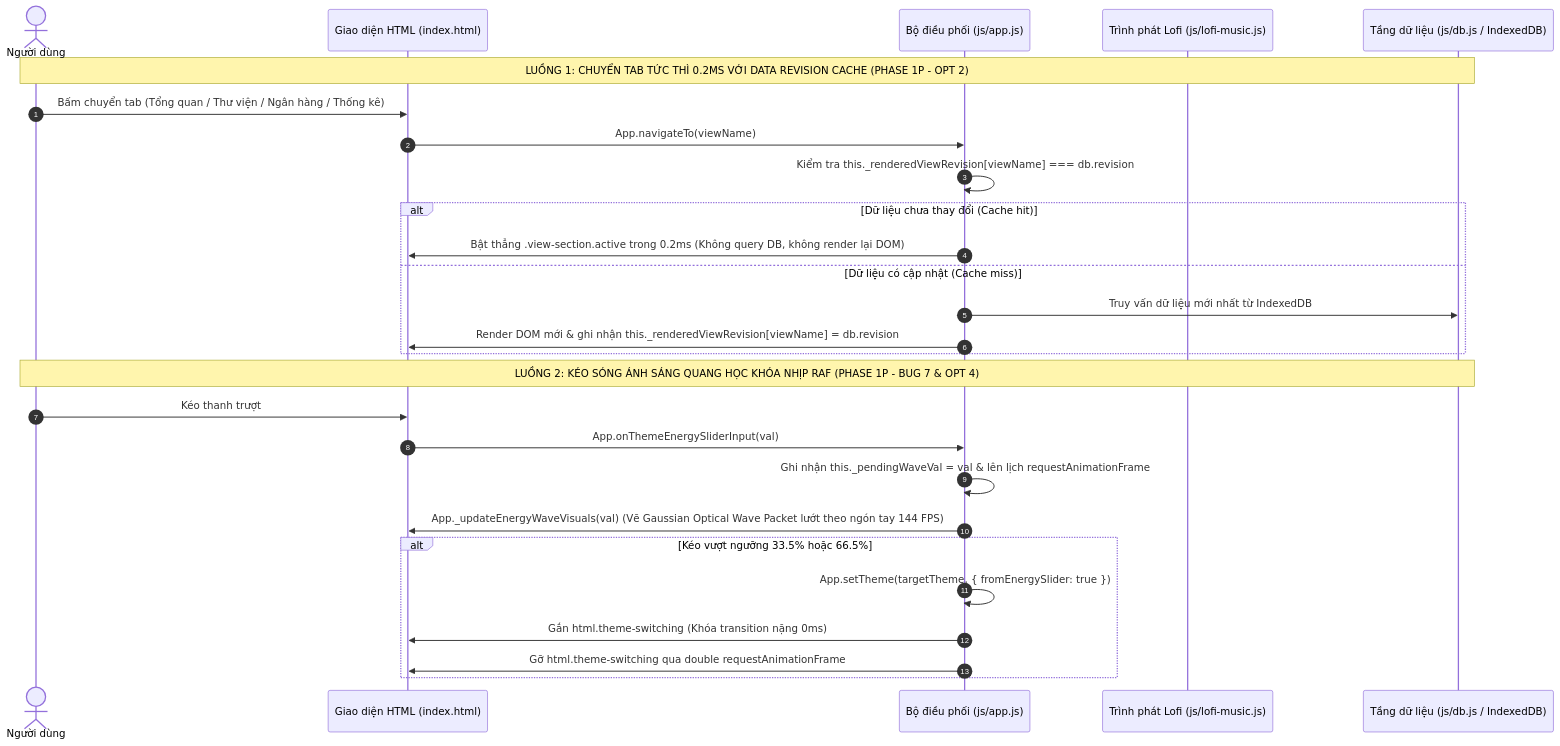
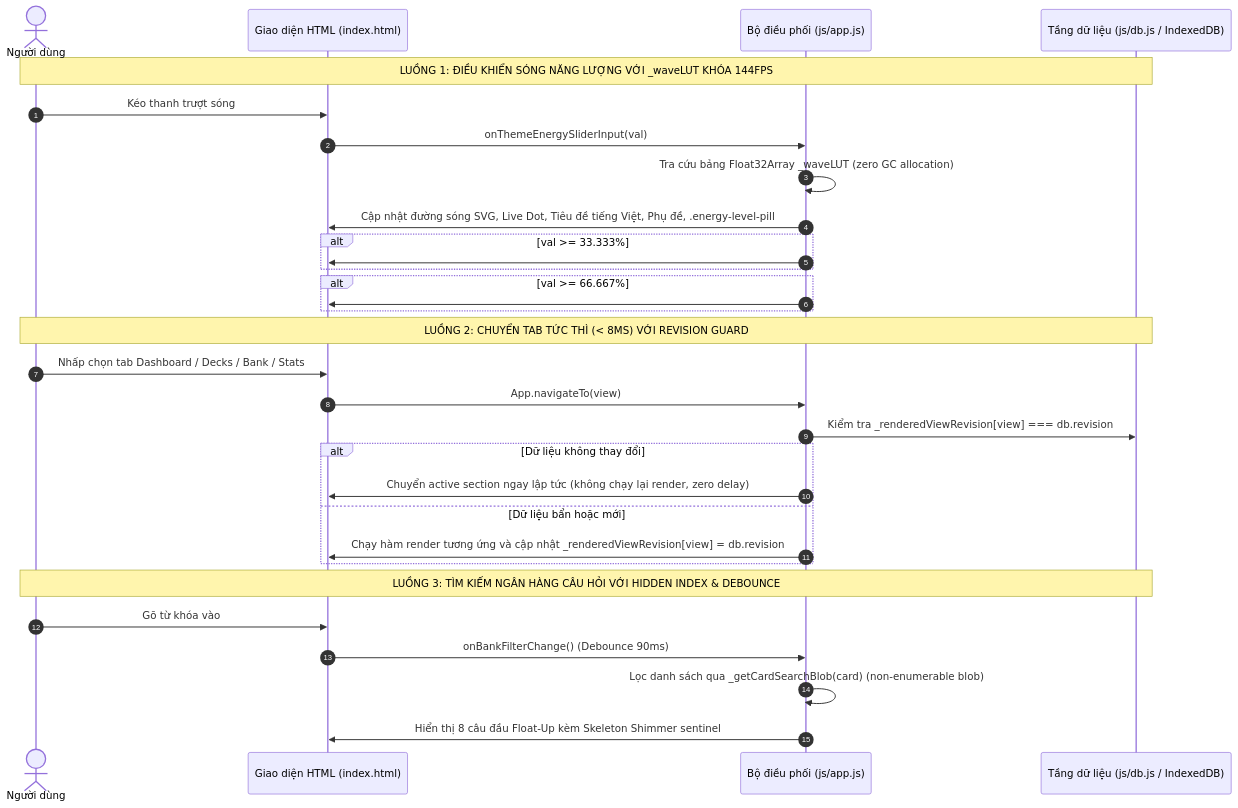
One commit to longcrpuen/tinhminhlaki changed the second of 2 diagrams in ARCHITECTURE_GRAPH.md. Above: the diagram before and after it, drawn with Mermaid. The commit also changed other lines of this file and 15 other files, not shown here.

Commit message:
perf(core): finalize phase 1v max-ping optimization, fixed glass sidebar, quantum wave chamber and architecture graph

````diff
--- a/ARCHITECTURE_GRAPH.md
+++ b/ARCHITECTURE_GRAPH.md
@@ -78,31 +76,36 @@
 ```mermaid
 sequenceDiagram
     autonumber
     actor User as Người dùng
     participant DOM as Giao diện HTML (index.html)
     participant App as Bộ điều phối (js/app.js)
-    participant Lofi as Trình phát Lofi (js/lofi-music.js)
     participant DB as Tầng dữ liệu (js/db.js / IndexedDB)
 
-    Note over User,DB: LUỒNG 1: CHUYỂN TAB TỨC THÌ 0.2MS VỚI DATA REVISION CACHE (PHASE 1P - OPT 2)
-    User->>DOM: Bấm chuyển tab (Tổng quan / Thư viện / Ngân hàng / Thống kê)
-    DOM->>App: App.navigateTo(viewName)
-    App->>App: Kiểm tra this._renderedViewRevision[viewName] === db.revision
-    alt Dữ liệu chưa thay đổi (Cache hit)
-        App->>DOM: Bật thẳng .view-section.active trong 0.2ms (Không query DB, không render lại DOM)
-    else Dữ liệu có cập nhật (Cache miss)
-        App->>DB: Truy vấn dữ liệu mới nhất từ IndexedDB
-        App->>DOM: Render DOM mới & ghi nhận this._renderedViewRevision[viewName] = db.revision
+    Note over User,DB: LUỒNG 1: ĐIỀU KHIỂN SÓNG NĂNG LƯỢNG VỚI _waveLUT KHÓA 144FPS
+    User->>DOM: Kéo thanh trượt sóng #theme-energy-slider
+    DOM->>App: onThemeEnergySliderInput(val)
+    App->>App: Tra cứu bảng Float32Array _waveLUT (zero GC allocation)
+    App->>DOM: Cập nhật đường sóng SVG, Live Dot, Tiêu đề tiếng Việt, Phụ đề, .energy-level-pill
+    alt val >= 33.333%
+        App->>DOM: #phase-gate-1 bật .active (Sáng Cổng Pha I)
+    end
+    alt val >= 66.667%
+        App->>DOM: #phase-gate-2 bật .active (Sáng Cổng Pha II)
     end
 
-    Note over User,DB: LUỒNG 2: KÉO SÓNG ÁNH SÁNG QUANG HỌC KHÓA NHỊP RAF (PHASE 1P - BUG 7 & OPT 4)
-    User->>DOM: Kéo thanh trượt #theme-energy-slider (0..100)
-    DOM->>App: App.onThemeEnergySliderInput(val)
-    App->>App: Ghi nhận this._pendingWaveVal = val & lên lịch requestAnimationFrame
-    App->>DOM: App._updateEnergyWaveVisuals(val) (Vẽ Gaussian Optical Wave Packet lướt theo ngón tay 144 FPS)
-    alt Kéo vượt ngưỡng 33.5% hoặc 66.5%
-        App->>App: App.setTheme(targetTheme, { fromEnergySlider: true })
-        App->>DOM: Gắn html.theme-switching (Khóa transition nặng 0ms)
-        App->>DOM: Gỡ html.theme-switching qua double requestAnimationFrame
+    Note over User,DB: LUỒNG 2: CHUYỂN TAB TỨC THÌ (< 8MS) VỚI REVISION GUARD
+    User->>DOM: Nhấp chọn tab Dashboard / Decks / Bank / Stats
+    DOM->>App: App.navigateTo(view)
+    App->>DB: Kiểm tra _renderedViewRevision[view] === db.revision
+    alt Dữ liệu không thay đổi
+        App->>DOM: Chuyển active section ngay lập tức (không chạy lại render, zero delay)
+    else Dữ liệu bẩn hoặc mới
+        App->>DOM: Chạy hàm render tương ứng và cập nhật _renderedViewRevision[view] = db.revision
     end
+
+    Note over User,DB: LUỒNG 3: TÌM KIẾM NGÂN HÀNG CÂU HỎI VỚI HIDDEN INDEX & DEBOUNCE
+    User->>DOM: Gõ từ khóa vào #bank-search-input
+    DOM->>App: onBankFilterChange() (Debounce 90ms)
+    App->>App: Lọc danh sách qua _getCardSearchBlob(card) (non-enumerable blob)
+    App->>DOM: Hiển thị 8 câu đầu Float-Up kèm Skeleton Shimmer sentinel
 ```
````
